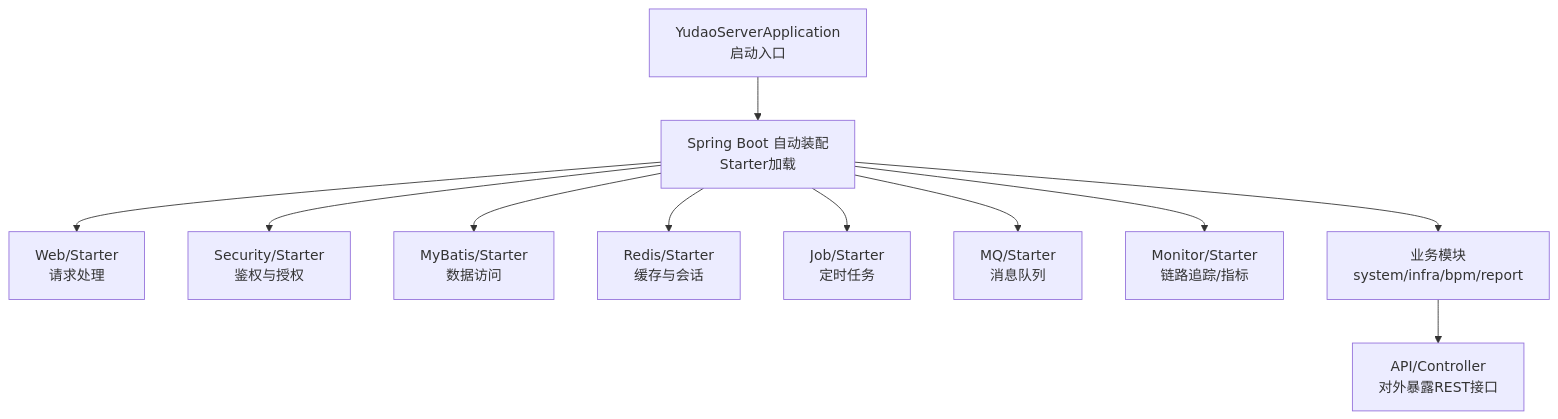
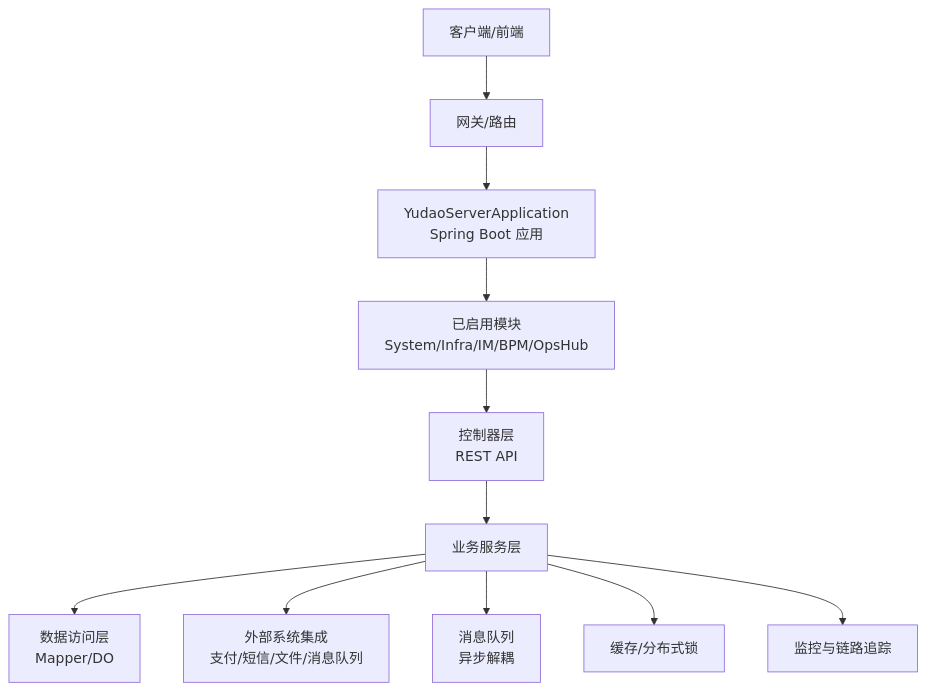
One commit to xiaoche80s-tech/rouyi-vue-pro changed the second of 3 diagrams in .qoder/repowiki/zh/content/扩展开发/扩展开发.md. Above: the diagram before and after it, drawn with Mermaid. The commit also changed other lines of this file and 840 other files, not shown here.

````diff
--- a/.qoder/repowiki/zh/content/扩展开发/扩展开发.md
+++ b/.qoder/repowiki/zh/content/扩展开发/扩展开发.md
@@ -111,13 +121,13 @@
 ```mermaid
 graph TB
-A["YudaoServerApplication<br/>启动入口"] --> B["Spring Boot 自动装配<br/>Starter加载"]
-B --> C["Web/Starter<br/>请求处理"]
-B --> D["Security/Starter<br/>鉴权与授权"]
-B --> E["MyBatis/Starter<br/>数据访问"]
-B --> F["Redis/Starter<br/>缓存与会话"]
-B --> G["Job/Starter<br/>定时任务"]
-B --> H["MQ/Starter<br/>消息队列"]
-B --> I["Monitor/Starter<br/>链路追踪/指标"]
-B --> J["业务模块<br/>system/infra/bpm/report"]
-J --> K["API/Controller<br/>对外暴露REST接口"]
+Client["客户端/前端"] --> Gateway["网关/路由"]
+Gateway --> Server["YudaoServerApplication<br/>Spring Boot 应用"]
+Server --> Modules["已启用模块<br/>System/Infra/IM/BPM/OpsHub"]
+Modules --> Controllers["控制器层<br/>REST API"]
+Controllers --> Services["业务服务层"]
+Services --> DAL["数据访问层<br/>Mapper/DO"]
+Services --> Ext["外部系统集成<br/>支付/短信/文件/消息队列"]
+Services --> MQ["消息队列<br/>异步解耦"]
+Services --> Cache["缓存/分布式锁"]
+Services --> Monitor["监控与链路追踪"]
 ```
````
